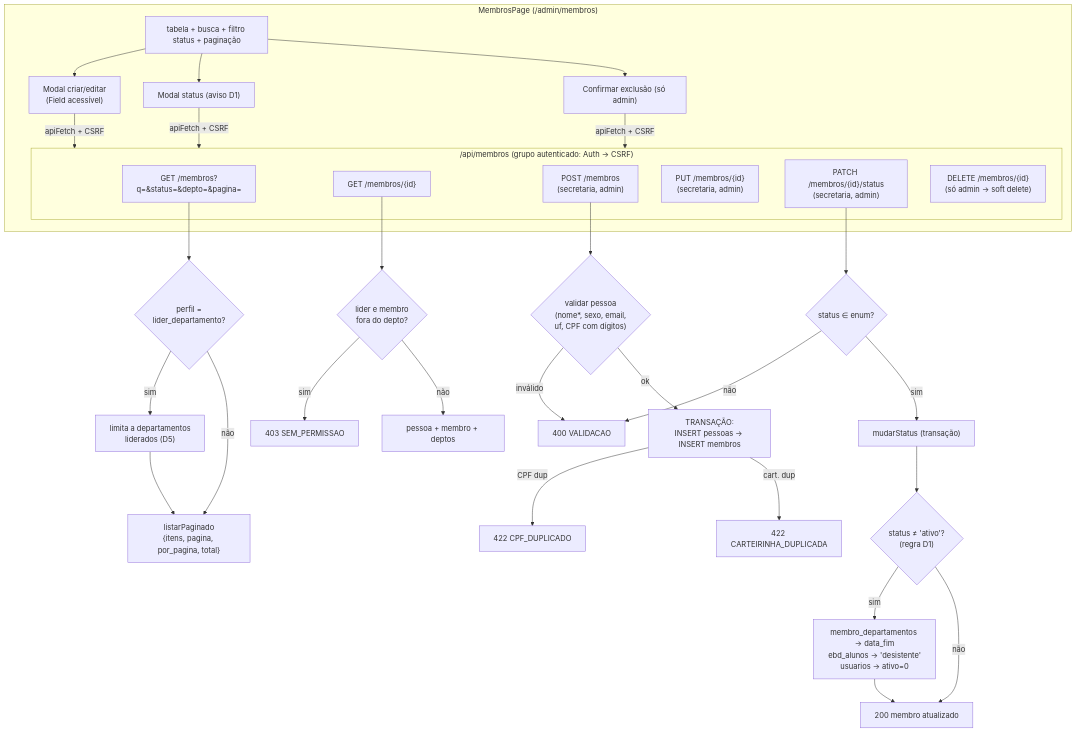
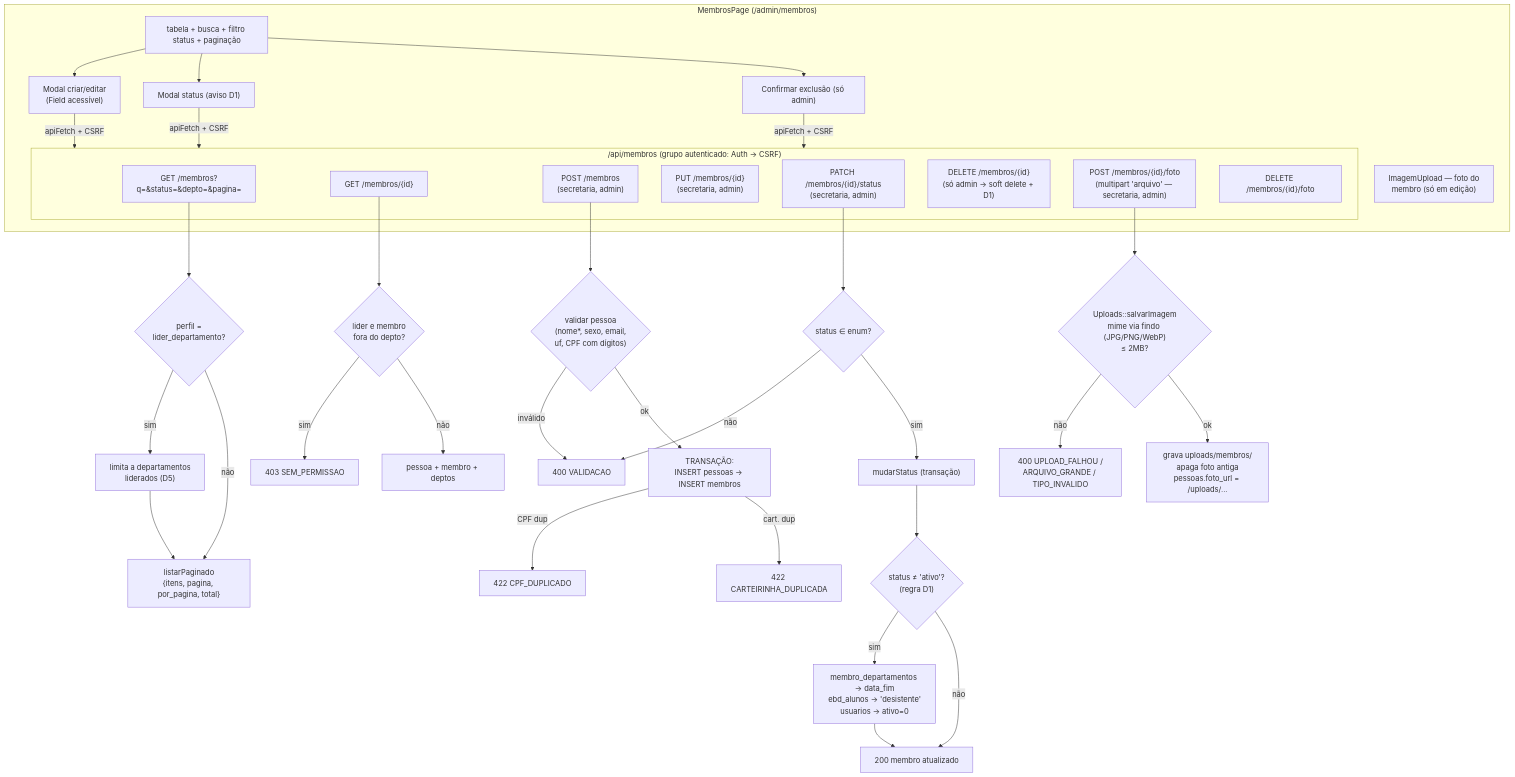
One commit to adab-218/siteadab changed the diagram in dev/docs/diagramas/membros.mmd. Above: the diagram before and after it, drawn with Mermaid. The commit also changed 13 other files, not shown here.

First line of the commit message:
feat: upload de imagens — foto de membro, banner de evento, link de login

```diff
--- a/dev/docs/diagramas/membros.mmd
+++ b/dev/docs/diagramas/membros.mmd
@@ -1,44 +1,51 @@
-%% M1 Membros — CRUD + desvinculação D1 — revisado em 2026-10-21
-%% Fonte: api/index.php, api/src/Controllers/MembrosController.php,
+%% M1 Membros — CRUD + desvinculação D1 + foto — revisado em 2026-10-22
+%% Fonte: api/src/App.php, api/src/Controllers/MembrosController.php,
 %%        api/src/Repositories/{Pessoa,Membro}Repository.php,
-%%        src/pages/admin/MembrosPage.tsx
+%%        api/src/Uploads.php, src/pages/admin/MembrosPage.tsx
 flowchart TD
     subgraph ROTAS["/api/membros (grupo autenticado: Auth → CSRF)"]
         GL["GET /membros?q=&status=&depto=&pagina="]
         GV["GET /membros/{id}"]
         PC["POST /membros<br/>(secretaria, admin)"]
         PU["PUT /membros/{id}<br/>(secretaria, admin)"]
         PS["PATCH /membros/{id}/status<br/>(secretaria, admin)"]
-        PD["DELETE /membros/{id}<br/>(só admin → soft delete)"]
+        PD["DELETE /membros/{id}<br/>(só admin → soft delete + D1)"]
+        PF["POST /membros/{id}/foto<br/>(multipart 'arquivo' — secretaria, admin)"]
+        PF2["DELETE /membros/{id}/foto"]
     end
+
+    PF --> UPL{"Uploads::salvarImagem<br/>mime via findo (JPG/PNG/WebP)<br/>≤ 2MB?"}
+    UPL -- não --> E400U["400 UPLOAD_FALHOU /<br/>ARQUIVO_GRANDE / TIPO_INVALIDO"]
+    UPL -- ok --> SAVE["grava uploads/membros/<br/>apaga foto antiga<br/>pessoas.foto_url = /uploads/..."]
 
     GL --> ESC{"perfil =<br/>lider_departamento?"}
     ESC -- sim --> DEP["limita a departamentos<br/>liderados (D5)"]
     ESC -- não --> LST["listarPaginado<br/>{itens, pagina, por_pagina, total}"]
     DEP --> LST
     GV --> VPER{"lider e membro<br/>fora do depto?"}
     VPER -- sim --> F403["403 SEM_PERMISSAO"]
     VPER -- não --> VOK["pessoa + membro + deptos"]
 
     PC --> VAL{"validar pessoa<br/>(nome*, sexo, email,<br/>uf, CPF com dígitos)"}
     VAL -- inválido --> E400["400 VALIDACAO"]
     VAL -- ok --> TX["TRANSAÇÃO:<br/>INSERT pessoas → INSERT membros"]
     TX -- CPF dup --> E422["422 CPF_DUPLICADO"]
     TX -- cart. dup --> E422B["422 CARTEIRINHA_DUPLICADA"]
 
     PS --> SV{"status ∈ enum?"}
     SV -- não --> E400
     SV -- sim --> ST["mudarStatus (transação)"]
     ST --> D1{"status ≠ 'ativo'?<br/>(regra D1)"}
     D1 -- sim --> DESV["membro_departamentos → data_fim<br/>ebd_alunos → 'desistente'<br/>usuarios → ativo=0"]
     D1 -- não --> OK["200 membro atualizado"]
     DESV --> OK
 
     subgraph FE["MembrosPage (/admin/membros)"]
         LIST["tabela + busca + filtro status + paginação"]
         FORM["Modal criar/editar<br/>(Field acessível)"]
         STMOD["Modal status (aviso D1)"]
         DEL["Confirmar exclusão (só admin)"]
+        FOTO["ImagemUpload — foto do<br/>membro (só em edição)"]
         LIST --> FORM & STMOD & DEL
         FORM & STMOD & DEL -->|apiFetch + CSRF| ROTAS
     end
```
